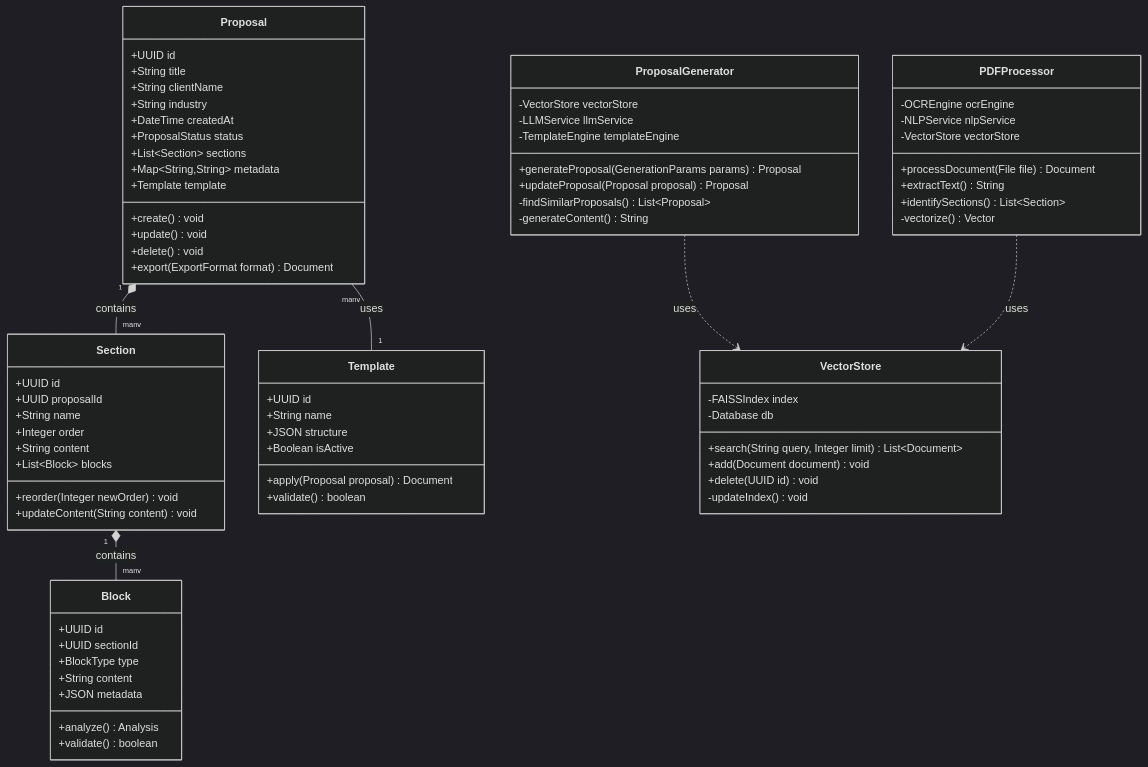
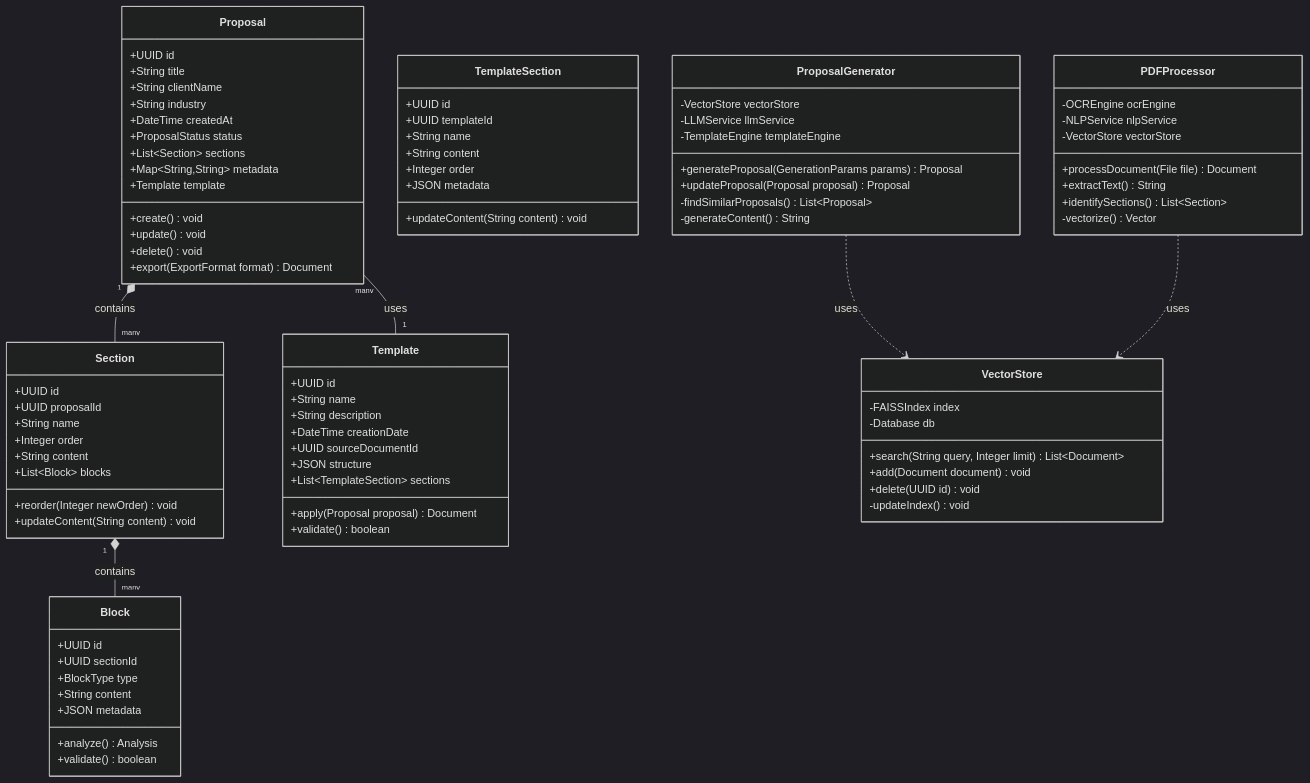
Before and after one commit to thespamer/propos4l: the first of 2 diagrams in doc/class_diagram.md, drawn with Mermaid (dark theme). The commit also changed 8 other files, not shown here.

```diff
--- a/doc/class_diagram.md
+++ b/doc/class_diagram.md
@@ -46,10 +46,23 @@
     class Template {
         +UUID id
         +String name
+        +String description
+        +DateTime creationDate
+        +UUID sourceDocumentId
         +JSON structure
-        +Boolean isActive
+        +List~TemplateSection~ sections
         +apply(Proposal proposal) Document
         +validate() boolean
+    }
+    
+    class TemplateSection {
+        +UUID id
+        +UUID templateId
+        +String name
+        +String content
+        +Integer order
+        +JSON metadata
+        +updateContent(String content) void
     }
 
     class ProposalGenerator {
```
